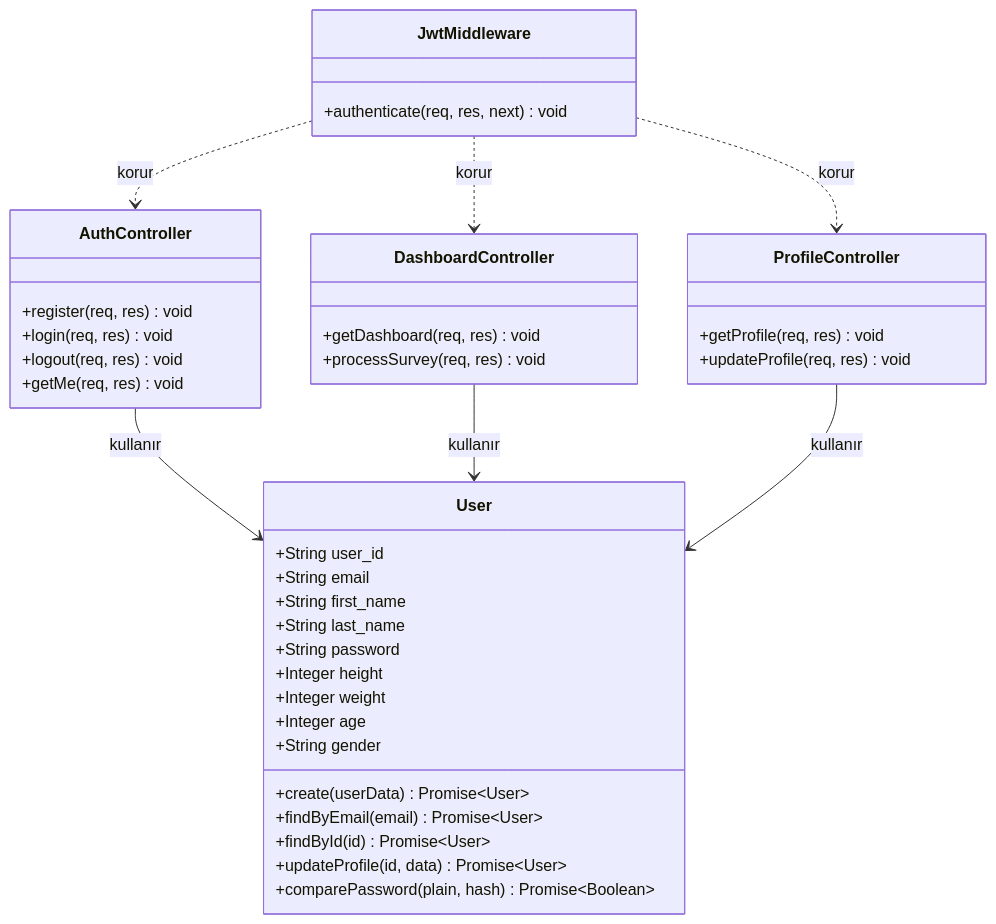
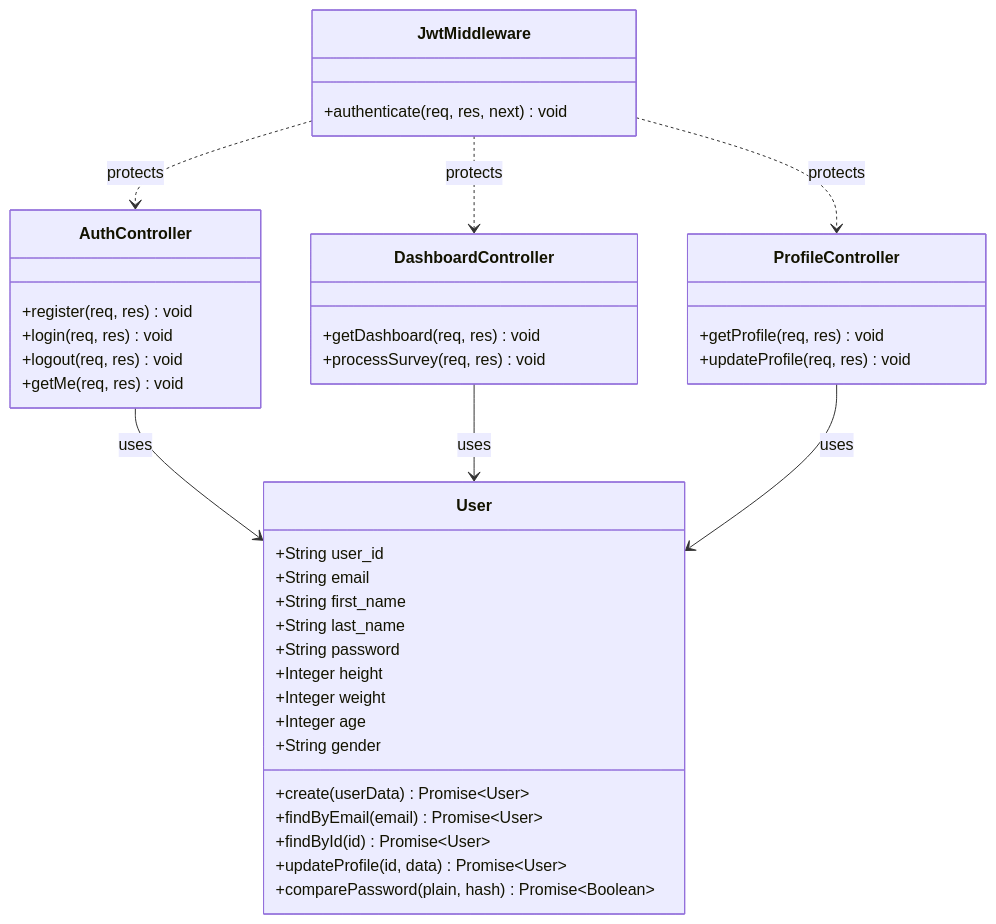
One commit to beyzadegirmenci/LifeSync changed the second of 2 diagrams in docs/architecture/SDD_v2.md. Above: the diagram before and after it, drawn with Mermaid. The commit also changed other lines of this file, not shown here.

````diff
--- a/docs/architecture/SDD_v2.md
+++ b/docs/architecture/SDD_v2.md
@@ -76,47 +74,47 @@
 ```mermaid
 classDiagram
     class User {
         +String user_id
         +String email
         +String first_name
         +String last_name
         +String password
         +Integer height
         +Integer weight
         +Integer age
         +String gender
         +create(userData) Promise~User~
         +findByEmail(email) Promise~User~
         +findById(id) Promise~User~
         +updateProfile(id, data) Promise~User~
         +comparePassword(plain, hash) Promise~Boolean~
     }
 
     class AuthController {
         +register(req, res) void
         +login(req, res) void
         +logout(req, res) void
         +getMe(req, res) void
     }
 
     class DashboardController {
         +getDashboard(req, res) void
         +processSurvey(req, res) void
     }
 
     class ProfileController {
         +getProfile(req, res) void
         +updateProfile(req, res) void
     }
 
     class JwtMiddleware {
         +authenticate(req, res, next) void
     }
 
-    AuthController --> User : kullanır
-    DashboardController --> User : kullanır
-    ProfileController --> User : kullanır
-    JwtMiddleware ..> AuthController : korur
-    JwtMiddleware ..> DashboardController : korur
-    JwtMiddleware ..> ProfileController : korur
+    AuthController --> User : uses
+    DashboardController --> User : uses
+    ProfileController --> User : uses
+    JwtMiddleware ..> AuthController : protects
+    JwtMiddleware ..> DashboardController : protects
+    JwtMiddleware ..> ProfileController : protects
 ```
````
